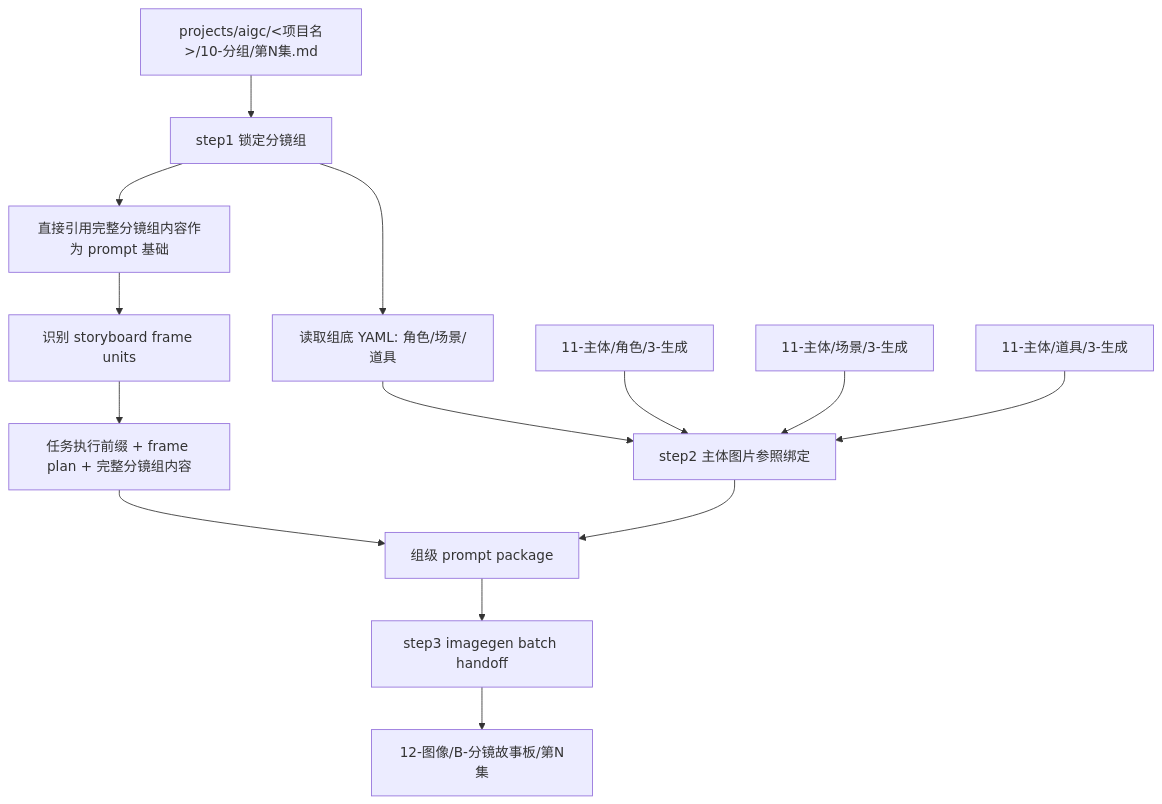
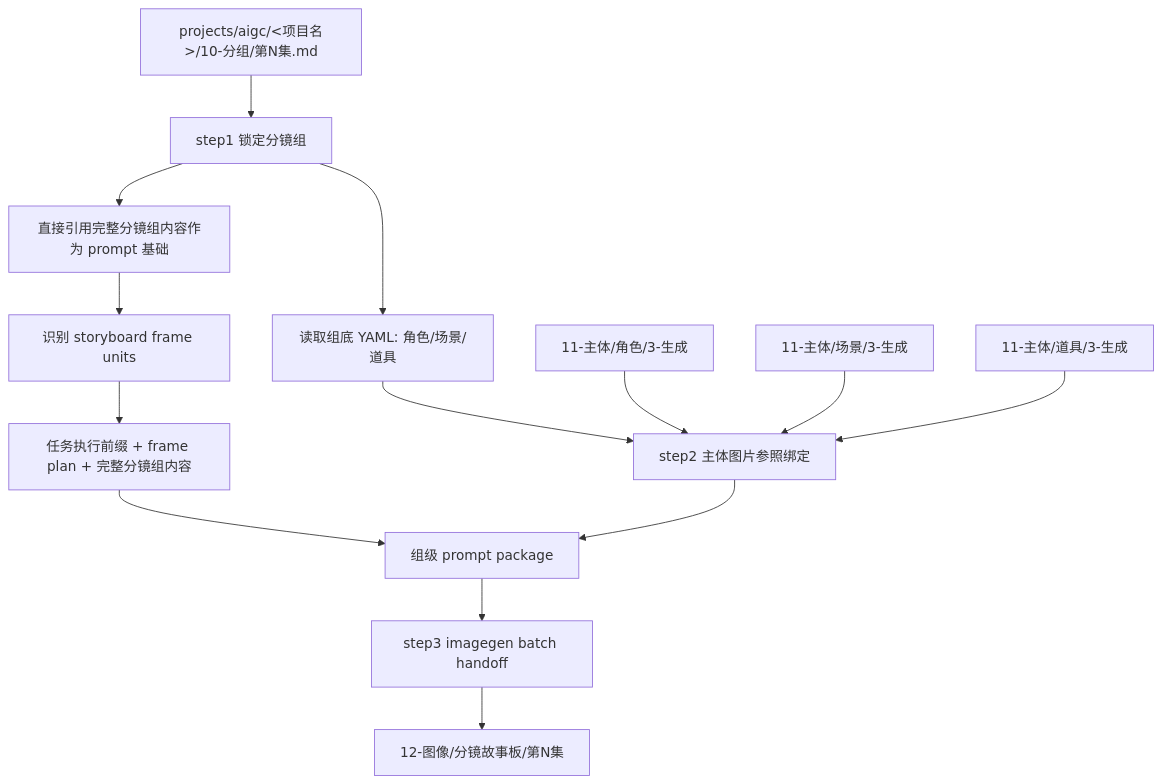
The first of 3 diagrams in .agents/skills/aigc/12-图像/分镜故事板/SKILL.md (ZEN-VOID/AI-CUT), drawn with Mermaid before and after one commit. The commit also changed other lines of this file and 293 other files, not shown here.

````diff
--- a/.agents/skills/aigc/12-图像/分镜故事板/SKILL.md
+++ b/.agents/skills/aigc/12-图像/分镜故事板/SKILL.md
@@ -105,16 +105,16 @@
 ```mermaid
 flowchart TD
     A["projects/aigc/<项目名>/10-分组/第N集.md"] --> B["step1 锁定分镜组"]
     B --> C["直接引用完整分镜组内容作为 prompt 基础"]
     C --> M["识别 storyboard frame units"]
     B --> D["读取组底 YAML: 角色/场景/道具"]
     M --> E["任务执行前缀 + frame plan + 完整分镜组内容"]
     D --> F["step2 主体图片参照绑定"]
     G["11-主体/角色/3-生成"] --> F
     H["11-主体/场景/3-生成"] --> F
     I["11-主体/道具/3-生成"] --> F
     E --> J["组级 prompt package"]
     F --> J
     J --> K["step3 imagegen batch handoff"]
-    K --> L["12-图像/B-分镜故事板/第N集"]
+    K --> L["12-图像/分镜故事板/第N集"]
 ```
````
